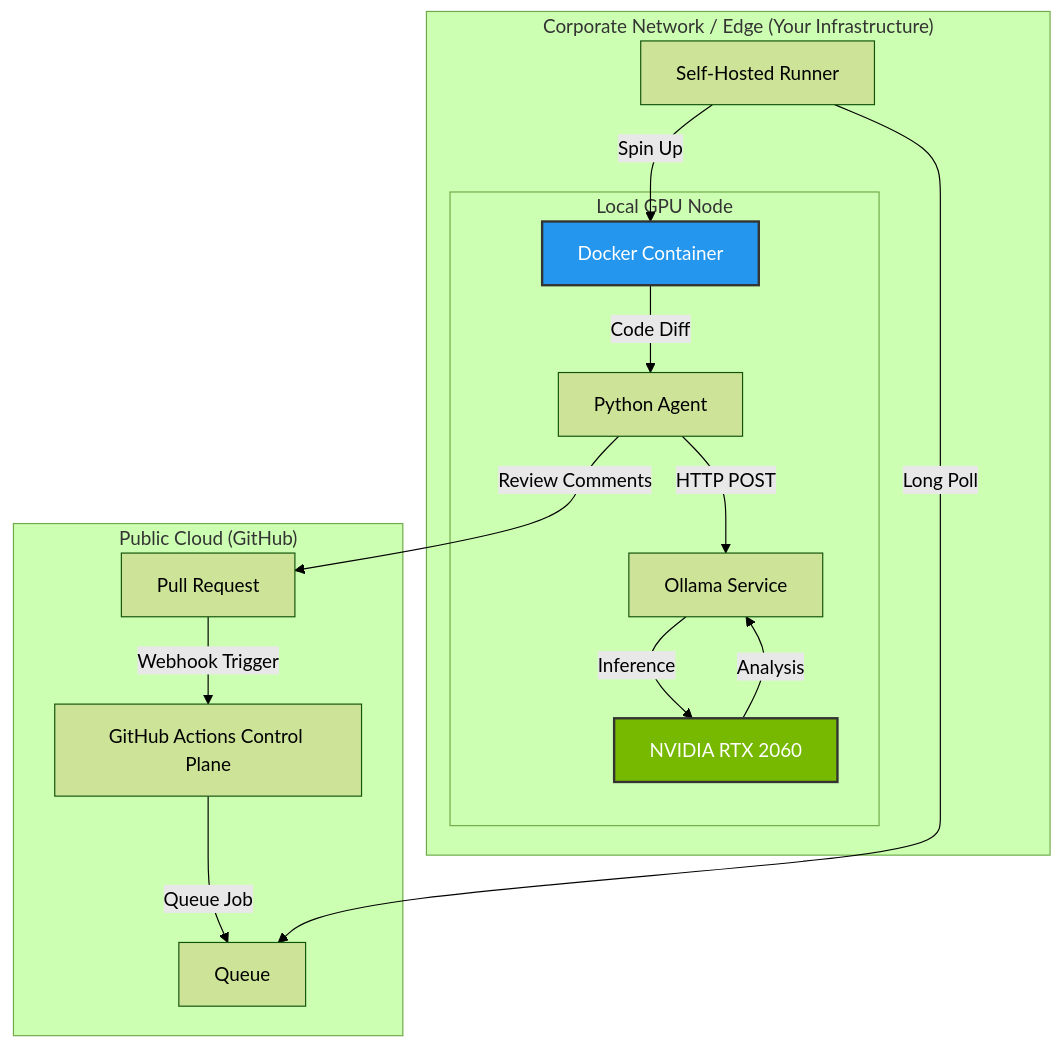
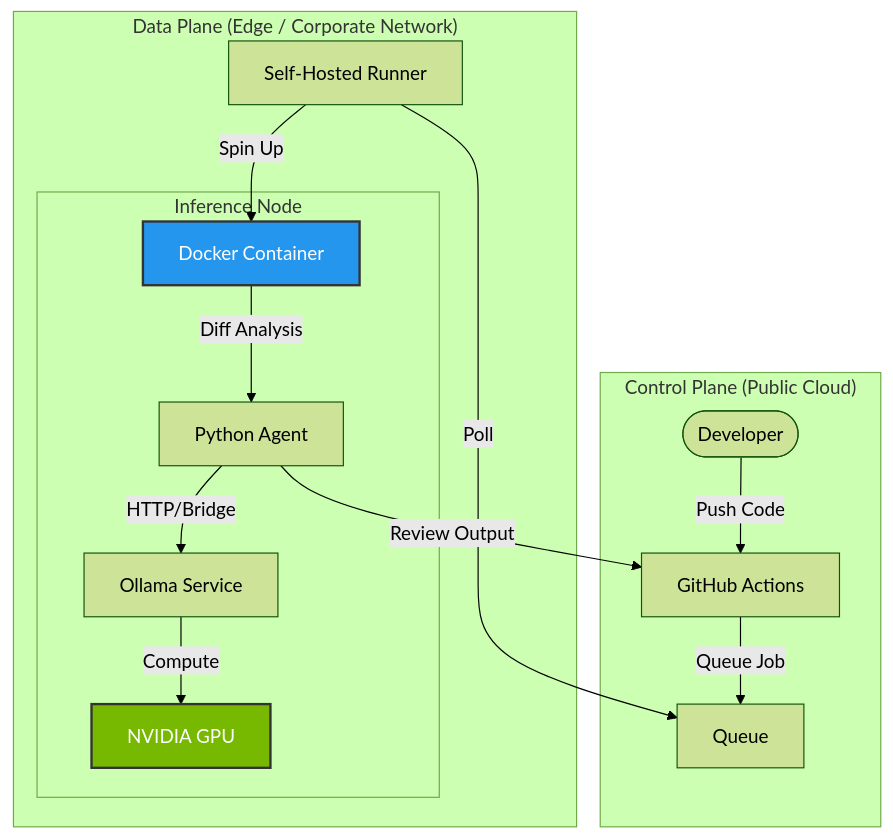
One commit to sikander098/ai-cicd-pipeline changed the diagram in README.md. Above: the diagram before and after it, drawn with Mermaid (forest theme). The commit also changed other lines of this file, not shown here.

Commit message:
Docs: Update README with Enterprise Hybrid Architecture details

````diff
--- a/README.md
+++ b/README.md
@@ -29,24 +33,23 @@
 ```mermaid
 graph TD
-    subgraph "Public Cloud (GitHub)"
-        PR[Pull Request] -->|Webhook Trigger| Actions[GitHub Actions Control Plane]
-        Actions -->|Queue Job| Queue
+    subgraph "Control Plane (Public Cloud)"
+        User([Developer]) -->|Push Code| GH[GitHub Actions]
+        GH -->|Queue Job| Queue
     end
 
-    subgraph "Corporate Network / Edge (Your Infrastructure)"
-        Runner[Self-Hosted Runner] -->|Long Poll| Queue
+    subgraph "Data Plane (Edge / Corporate Network)"
+        Runner[Self-Hosted Runner] -->|Poll| Queue
         Runner -->|Spin Up| Docker[Docker Container]
         
-        subgraph "Local GPU Node"
-            Docker -->|Code Diff| Script[Python Agent]
-            Script -->|HTTP POST| Ollama[Ollama Service]
-            Ollama -->|Inference| GPU[NVIDIA RTX 2060]
-            GPU -->|Analysis| Ollama
+        subgraph "Inference Node"
+            Docker -->|Diff Analysis| Agent[Python Agent]
+            Agent -->|HTTP/Bridge| Ollama[Ollama Service]
+            Ollama -->|Compute| GPU[NVIDIA GPU]
         end
         
-        Script -->|Review Comments| PR
+        Agent -->|Review Output| GH
     end
     
     style GPU fill:#76b900,stroke:#333,stroke-width:2px,color:white
     style Docker fill:#2496ed,stroke:#333,stroke-width:2px,color:white
 ```
````
